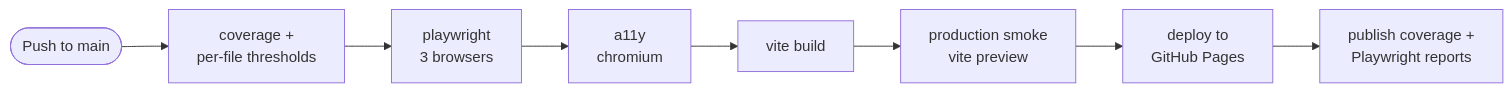
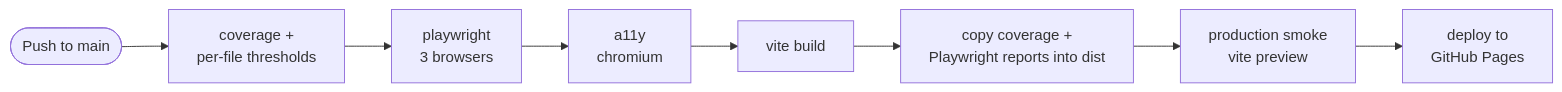
The second of 2 diagrams in README.md (rio-ap/web-playground), drawn with Mermaid before and after one commit. The commit also changed other lines of this file and 8 other files, not shown here.

````diff
--- a/README.md
+++ b/README.md
@@ -102,4 +86,4 @@
 ```mermaid
 flowchart LR
-  M([Push to main]) --> C["coverage +<br/>per-file thresholds"] --> E["playwright<br/>3 browsers"] --> A["a11y<br/>chromium"] --> B["vite build"] --> S["production smoke<br/>vite preview"] --> D["deploy to<br/>GitHub Pages"] --> R["publish coverage +<br/>Playwright reports"]
+  M([Push to main]) --> C["coverage +<br/>per-file thresholds"] --> E["playwright<br/>3 browsers"] --> A["a11y<br/>chromium"] --> B["vite build"] --> R["copy coverage +<br/>Playwright reports into dist"] --> S["production smoke<br/>vite preview"] --> D["deploy to<br/>GitHub Pages"]
 ```
````
